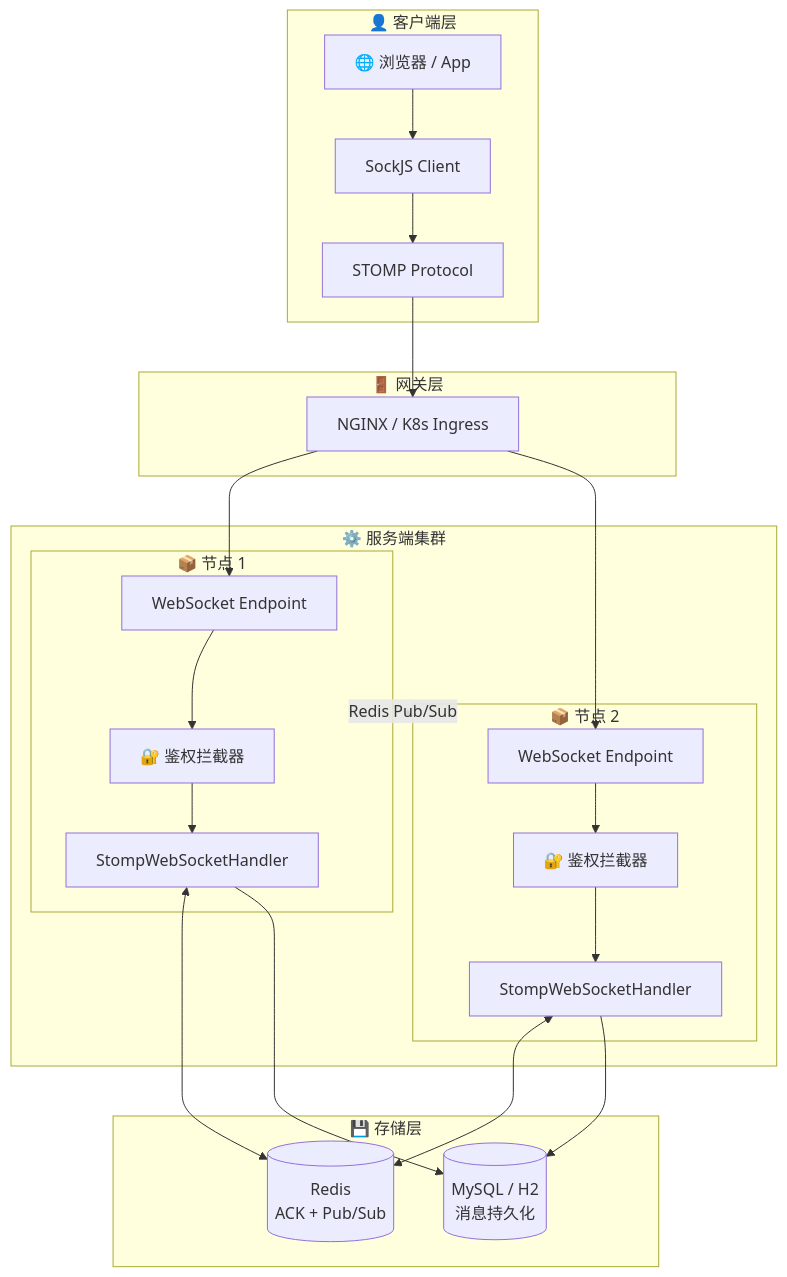
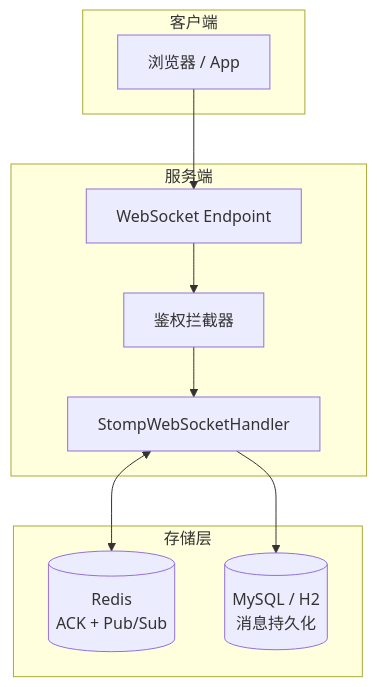
One commit to yangli-stu/quick-notify changed the first of 5 diagrams in README.md. Above: the diagram before and after it, drawn with Mermaid. The commit also changed other lines of this file and 15 other files, not shown here.

````diff
--- a/README.md
+++ b/README.md
@@ -48,46 +49,19 @@
 ```mermaid
 graph TB
-    subgraph Client [👤 客户端层]
-        Browser[🌐 浏览器 / App]
-        SockJS[SockJS Client]
-        STOMP[STOMP Protocol]
+    subgraph Client [客户端]
+        Browser[浏览器 / App]
+    end
+    subgraph Server [服务端]
+        WS[WebSocket Endpoint]
+        Handler[StompWebSocketHandler]
+        Interceptor[鉴权拦截器]
+    end
+    subgraph Storage [存储层]
+        Redis[(Redis<br/>ACK + Pub/Sub)]
+        DB[(MySQL / H2<br/>消息持久化)]
     end
 
-    subgraph Gateway [🚪 网关层]
-        Nginx[NGINX / K8s Ingress]
-    end
-
-    subgraph Server [⚙️ 服务端集群]
-        subgraph Node1 [📦 节点 1]
-            WS1[WebSocket Endpoint]
-            Handler1[StompWebSocketHandler]
-            Interceptor1[🔐 鉴权拦截器]
-        end
-
-        subgraph Node2 [📦 节点 2]
-            WS2[WebSocket Endpoint]
-            Handler2[StompWebSocketHandler]
-            Interceptor2[🔐 鉴权拦截器]
-        end
-    end
-
-    subgraph Storage [💾 存储层]
-        Redis[(Redis<br/>ACK + Pub/Sub)]
-        MySQL[(MySQL / H2<br/>消息持久化)]
-    end
-
-    Browser --> SockJS --> STOMP
-    STOMP --> Nginx
-    Nginx --> WS1
-    Nginx --> WS2
-
-    WS1 --> Interceptor1 --> Handler1
-    WS2 --> Interceptor2 --> Handler2
-
-    Handler1 <--> Redis
-    Handler2 <--> Redis
-    Handler1 --> MySQL
-    Handler2 --> MySQL
-
-    Node1 -.-> |Redis Pub/Sub| Node2
+    Browser --> WS --> Interceptor --> Handler
+    Handler <--> Redis
+    Handler --> DB
 ```
````
